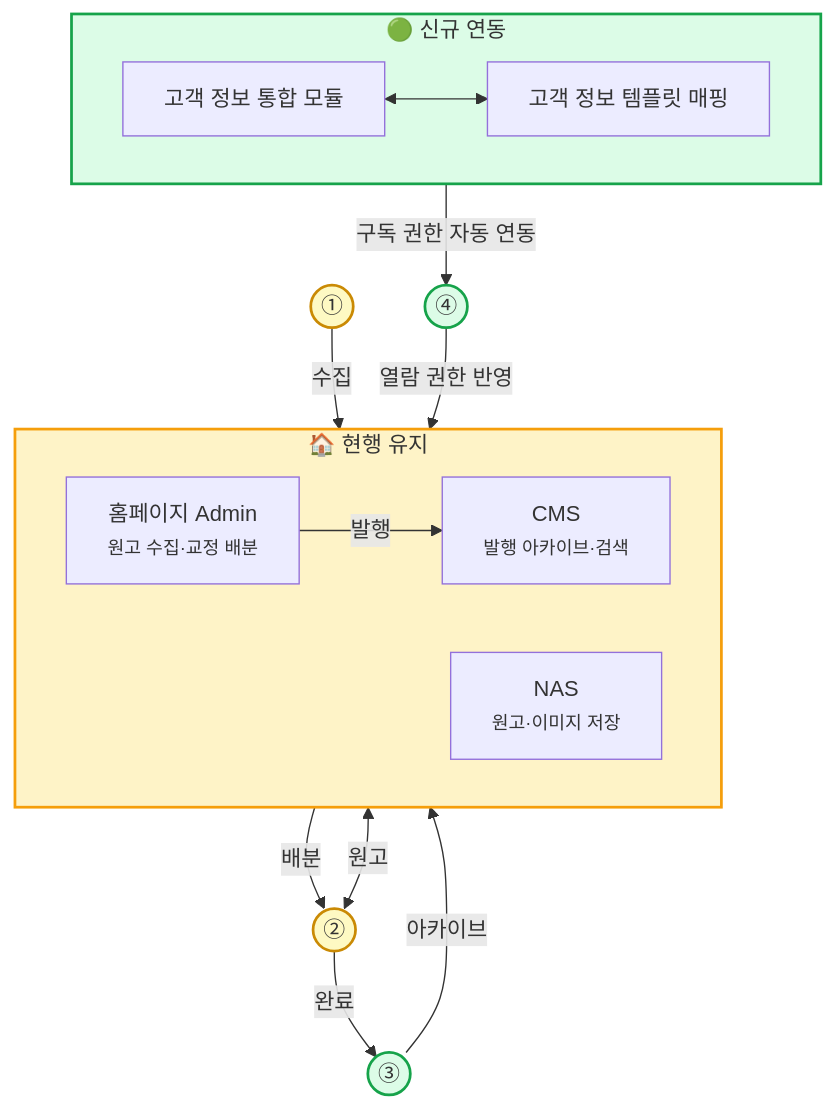
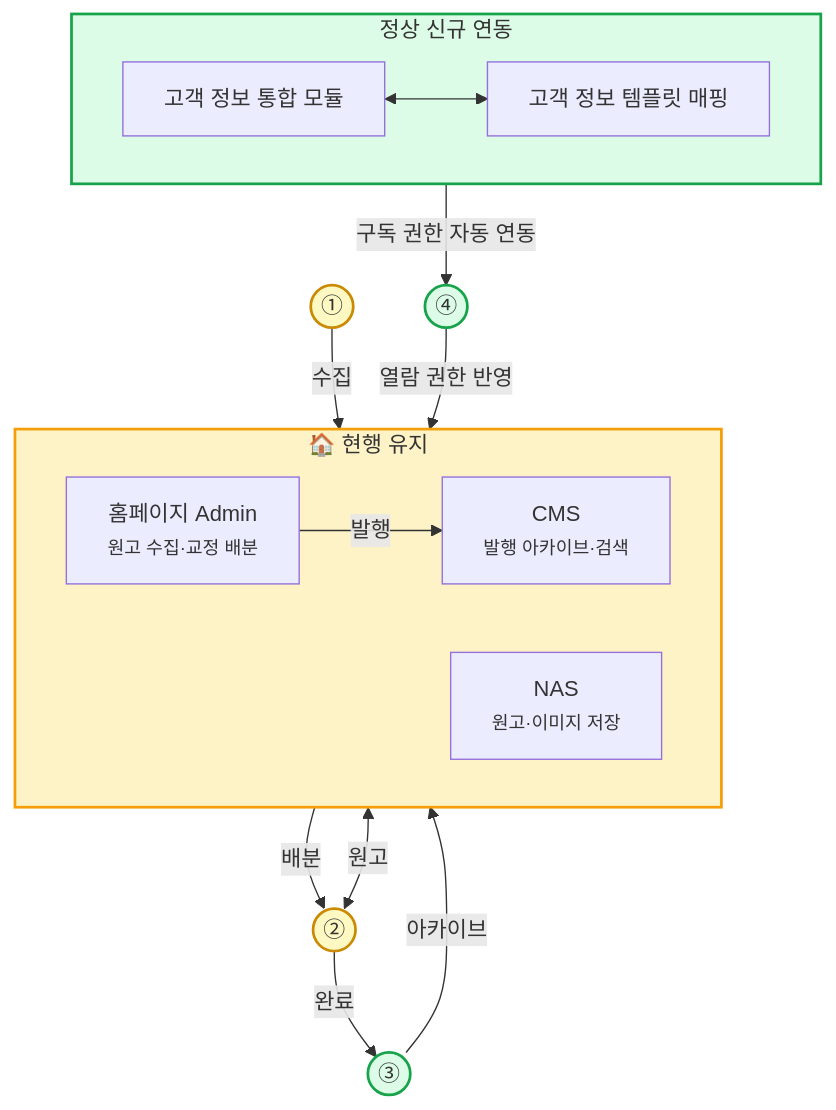
Before and after one commit to sknkwoxs/manual-book: the fifth of 7 diagrams in src/content/docs/goodthinking-isp/04-design/entity-map-tobe.md, drawn with Mermaid. The commit also changed other lines of this file and 38 other files, not shown here.

````diff
--- a/src/content/docs/goodthinking-isp/04-design/entity-map-tobe.md
+++ b/src/content/docs/goodthinking-isp/04-design/entity-map-tobe.md
@@ -295,39 +295,39 @@
 ```mermaid
 flowchart TB
     subgraph SYS_LEGACY["🏠 현행 유지"]
         direction LR
         HP_ADMIN["홈페이지 Admin<br/><small>원고 수집·교정 배분</small>"]
         CMS["CMS<br/><small>발행 아카이브·검색</small>"]
         NAS["NAS<br/><small>원고·이미지 저장</small>"]
         HP_ADMIN -->|"발행"| CMS
     end
-    subgraph SYS_NEW["🟢 신규 연동"]
+    subgraph SYS_NEW["정상 신규 연동"]
         direction LR
         WEB_API["고객 정보 통합 모듈"]
         API_MAP["고객 정보 템플릿 매핑"]
         WEB_API <--> API_MAP
     end
 
     P1(("①"))
     P2(("②"))
     P3(("③"))
     P4(("④"))
 
     %% 업무 흐름 - 콘텐츠 제작
     P1 -->|"수집"| HP_ADMIN
     HP_ADMIN -->|"배분"| P2
     NAS <-->|"원고"| P2
     P2 -->|"완료"| P3
     P3 -->|"아카이브"| CMS
 
     %% 업무 흐름 - 권한 연동 (분리 경로)
     API_MAP -->|"구독 권한 자동 연동"| P4
     P4 -->|"열람 권한 반영"| CMS
 
     style SYS_LEGACY fill:#fef3c7,stroke:#f59e0b,stroke-width:2px
     style SYS_NEW fill:#dcfce7,stroke:#16a34a,stroke-width:2px
     style P1 fill:#fef9c3,stroke:#ca8a04,stroke-width:2px
     style P2 fill:#fef9c3,stroke:#ca8a04,stroke-width:2px
     style P3 fill:#dcfce7,stroke:#16a34a,stroke-width:2px
     style P4 fill:#dcfce7,stroke:#16a34a,stroke-width:2px
 ```
````
